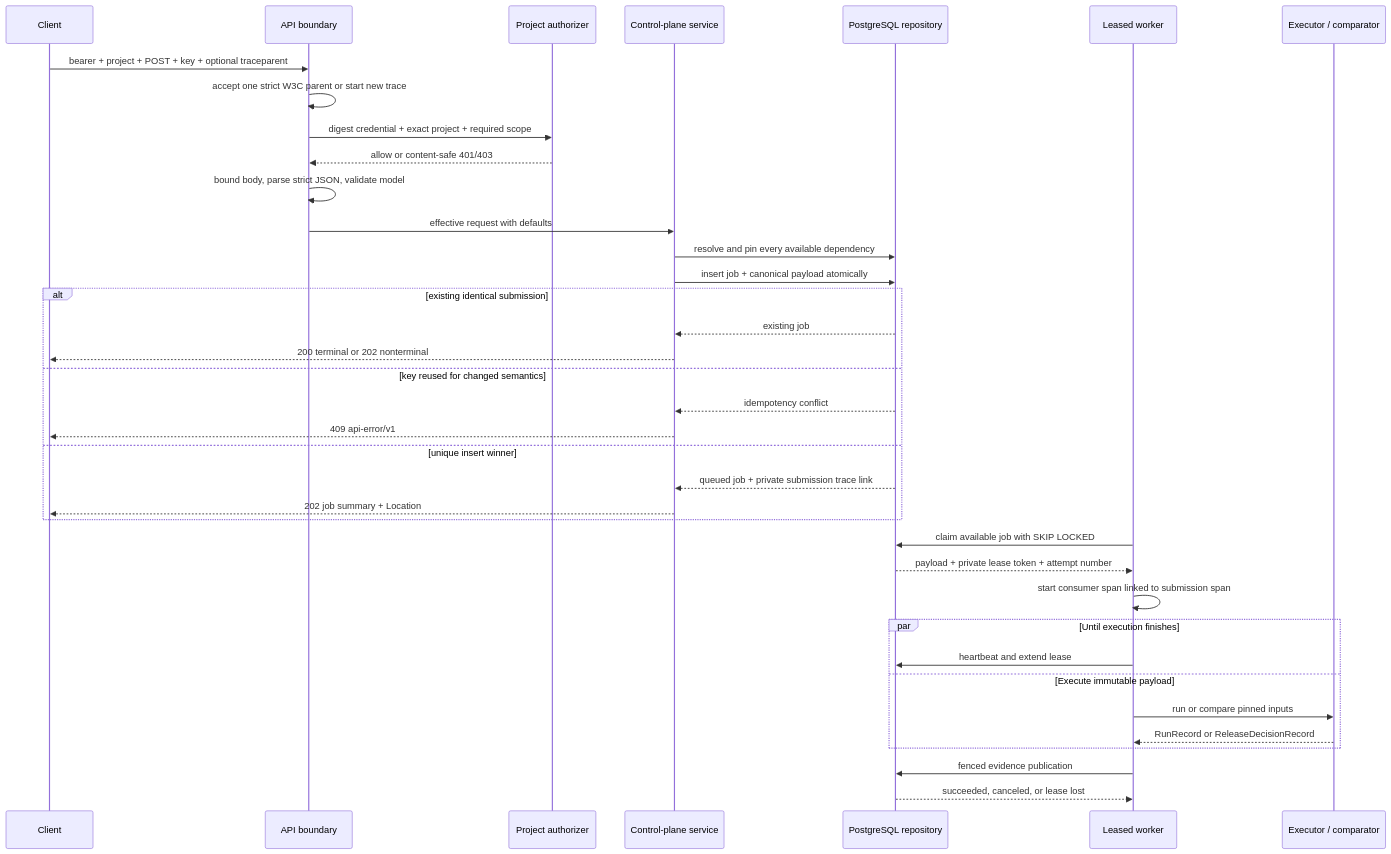
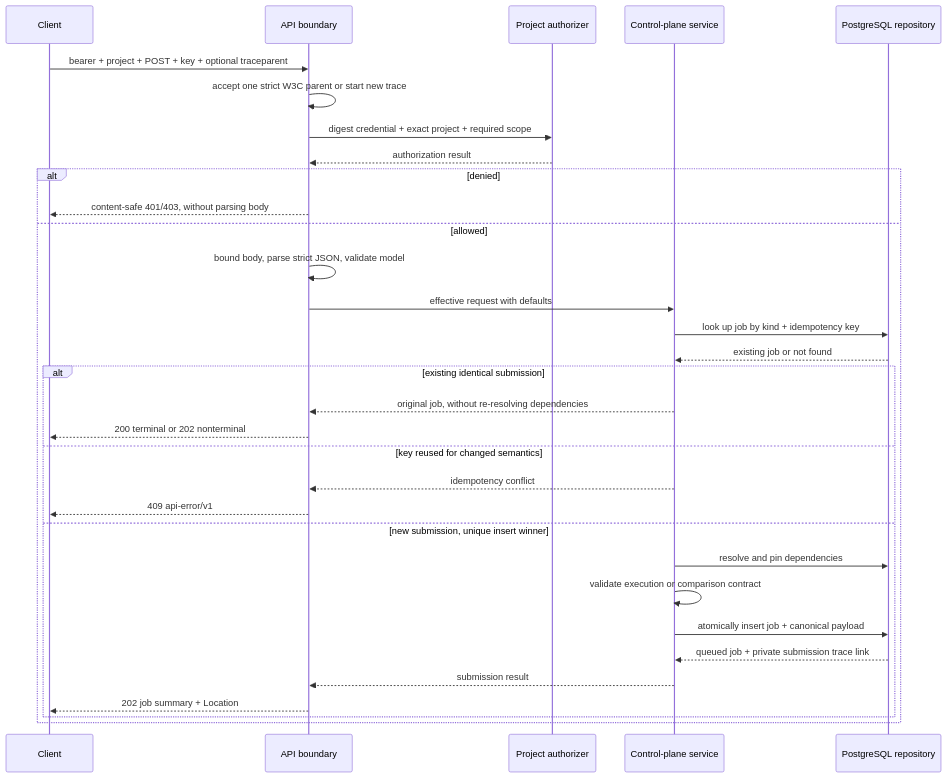
The fourth of 7 diagrams in docs/architecture.md (idevelopAI/llm-eval-control-plane), drawn with Mermaid before and after one commit. The commit also changed other lines of this file, not shown here.

Commit message:
docs: align architecture diagrams with execution and persistence boundaries

````diff
--- a/docs/architecture.md
+++ b/docs/architecture.md
@@ -280,40 +324,35 @@
 ```mermaid
 sequenceDiagram
     participant Client
     participant Boundary as API boundary
     participant Auth as Project authorizer
     participant Service as Control-plane service
     participant Store as PostgreSQL repository
-    participant Worker as Leased worker
-    participant Execute as Executor / comparator
 
     Client->>Boundary: bearer + project + POST + key + optional traceparent
     Boundary->>Boundary: accept one strict W3C parent or start new trace
     Boundary->>Auth: digest credential + exact project + required scope
-    Auth-->>Boundary: allow or content-safe 401/403
-    Boundary->>Boundary: bound body, parse strict JSON, validate model
-    Boundary->>Service: effective request with defaults
-    Service->>Store: resolve and pin every available dependency
-    Service->>Store: insert job + canonical payload atomically
-    alt existing identical submission
-        Store-->>Service: existing job
-        Service-->>Client: 200 terminal or 202 nonterminal
-    else key reused for changed semantics
-        Store-->>Service: idempotency conflict
-        Service-->>Client: 409 api-error/v1
-    else unique insert winner
-        Store-->>Service: queued job + private submission trace link
-        Service-->>Client: 202 job summary + Location
+    Auth-->>Boundary: authorization result
+    alt denied
+        Boundary-->>Client: content-safe 401/403, without parsing body
+    else allowed
+        Boundary->>Boundary: bound body, parse strict JSON, validate model
+        Boundary->>Service: effective request with defaults
+        Service->>Store: look up job by kind + idempotency key
+        Store-->>Service: existing job or not found
+        alt existing identical submission
+            Service-->>Boundary: original job, without re-resolving dependencies
+            Boundary-->>Client: 200 terminal or 202 nonterminal
+        else key reused for changed semantics
+            Service-->>Boundary: idempotency conflict
+            Boundary-->>Client: 409 api-error/v1
+        else new submission, unique insert winner
+            Service->>Store: resolve and pin dependencies
+            Service->>Service: validate execution or comparison contract
+            Service->>Store: atomically insert job + canonical payload
+            Store-->>Service: queued job + private submission trace link
+            Service-->>Boundary: submission result
+            Boundary-->>Client: 202 job summary + Location
+        end
     end
-    Worker->>Store: claim available job with SKIP LOCKED
-    Store-->>Worker: payload + private lease token + attempt number
-    Worker->>Worker: start consumer span linked to submission span
-    par Until execution finishes
-        Worker->>Store: heartbeat and extend lease
-    and Execute immutable payload
-        Worker->>Execute: run or compare pinned inputs
-        Execute-->>Worker: RunRecord or ReleaseDecisionRecord
-    end
-    Worker->>Store: fenced evidence publication
-    Store-->>Worker: succeeded, canceled, or lease lost
 ```
````
